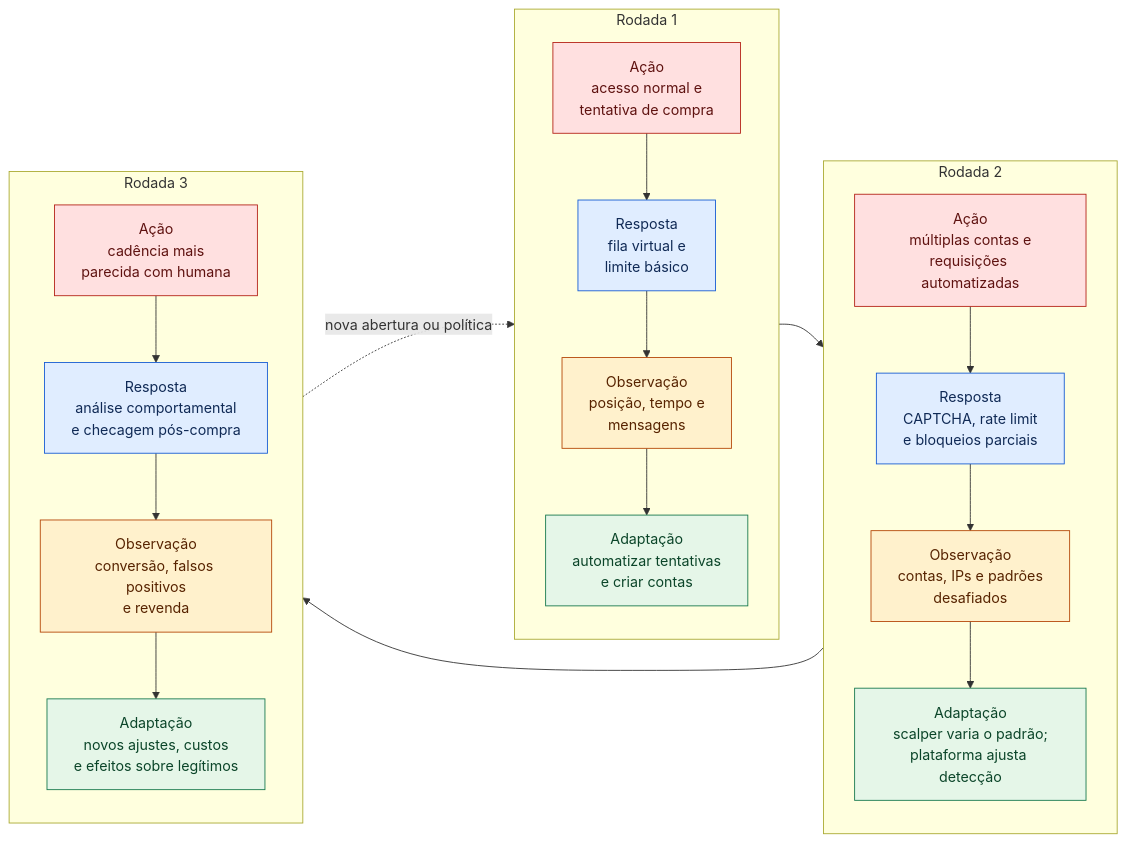
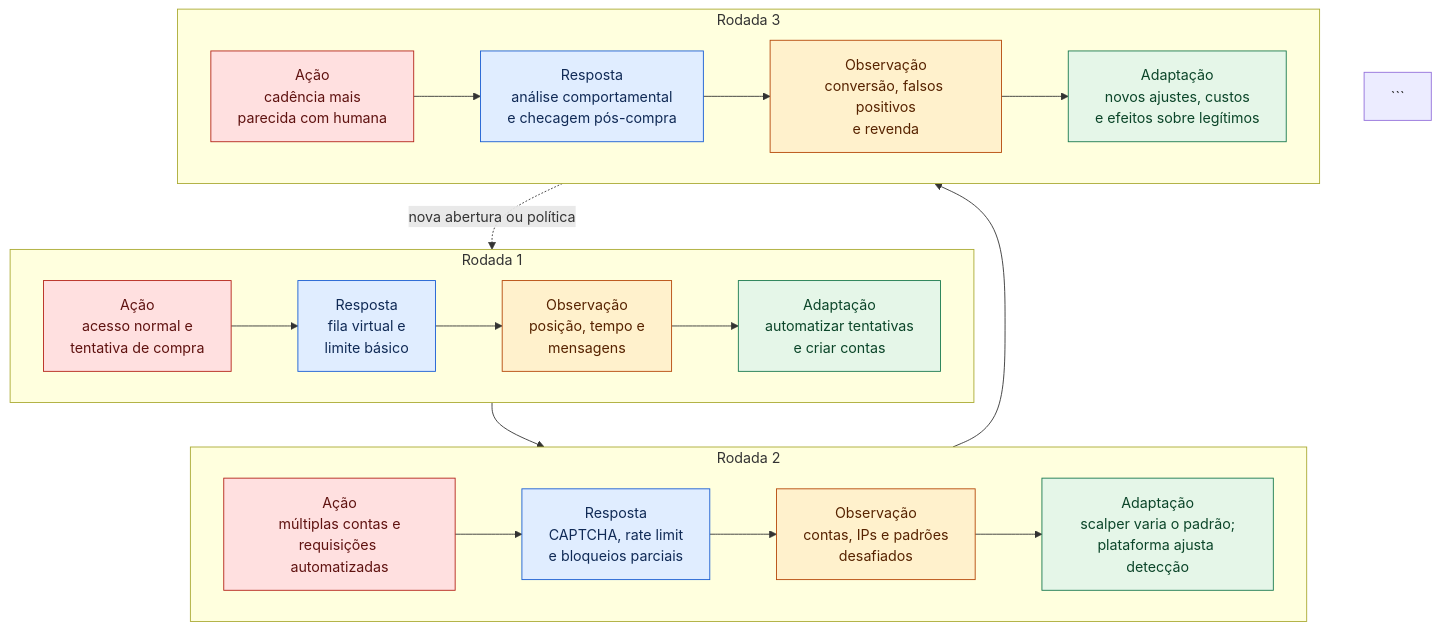
The diagram in diagramas/ciclo-adaptativo.mmd (felipehscherer/trabalho-engenharia-adversarial), drawn with Mermaid before and after one commit.

Commit message:
Change flow direction from TB to LR in diagram

````diff
--- a/diagramas/ciclo-adaptativo.mmd
+++ b/diagramas/ciclo-adaptativo.mmd
@@ -1,41 +1,42 @@
-flowchart LR
+flowchart TB
     subgraph R1["Rodada 1"]
-        direction TB
+        direction LR
         R1A["Ação<br/>acesso normal e<br/>tentativa de compra"]
         R1P["Resposta<br/>fila virtual e<br/>limite básico"]
         R1O["Observação<br/>posição, tempo e<br/>mensagens"]
         R1D["Adaptação<br/>automatizar tentativas<br/>e criar contas"]
         R1A --> R1P --> R1O --> R1D
     end
 
     subgraph R2["Rodada 2"]
-        direction TB
+        direction LR
         R2A["Ação<br/>múltiplas contas e<br/>requisições automatizadas"]
         R2P["Resposta<br/>CAPTCHA, rate limit<br/>e bloqueios parciais"]
         R2O["Observação<br/>contas, IPs e padrões<br/>desafiados"]
         R2D["Adaptação<br/>scalper varia o padrão;<br/>plataforma ajusta detecção"]
         R2A --> R2P --> R2O --> R2D
     end
 
     subgraph R3["Rodada 3"]
-        direction TB
+        direction LR
         R3A["Ação<br/>cadência mais<br/>parecida com humana"]
         R3P["Resposta<br/>análise comportamental<br/>e checagem pós-compra"]
         R3O["Observação<br/>conversão, falsos positivos<br/>e revenda"]
         R3D["Adaptação<br/>novos ajustes, custos<br/>e efeitos sobre legítimos"]
         R3A --> R3P --> R3O --> R3D
     end
 
-    R1D --> R2A
-    R2D --> R3A
-    R3D -.->|nova abertura ou política| R1A
+    R1 --> R2
+    R2 --> R3
+    R3 -.->|nova abertura ou política| R1
 
     classDef adversary fill:#ffe0e0,stroke:#b42318,color:#5f1210
     classDef defender fill:#e0edff,stroke:#175cd3,color:#102a56
     classDef observation fill:#fff1cc,stroke:#b54708,color:#572300
     classDef adaptation fill:#e5f6e8,stroke:#18794e,color:#0b4529
 
     class R1A,R2A,R3A adversary
     class R1P,R2P,R3P defender
     class R1O,R2O,R3O observation
     class R1D,R2D,R3D adaptation
+```
````
